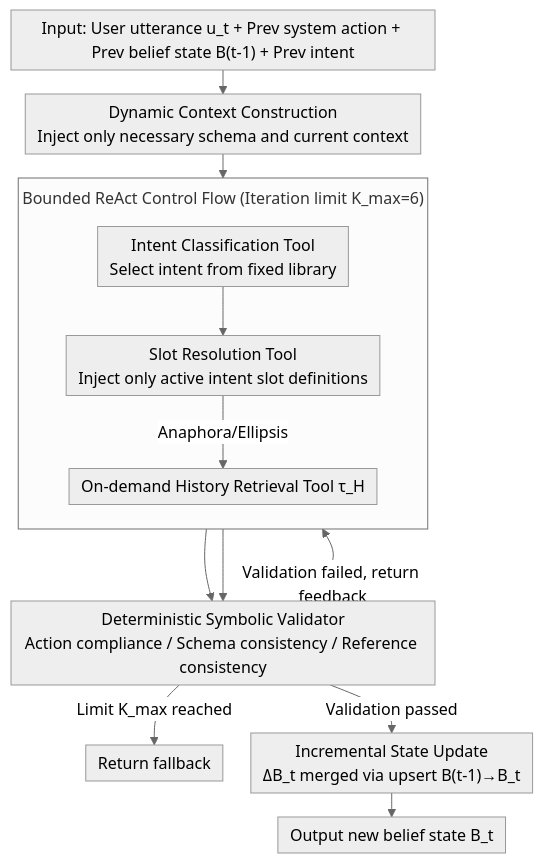
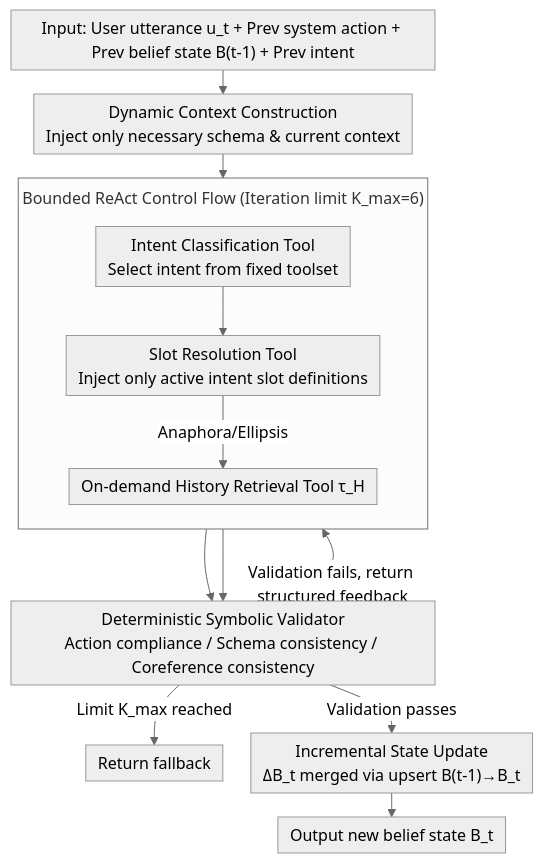
One commit to zhaoyang97/Paper-Notes-en changed the diagram in docs/ACL2026/dialogue/reactod_bounded_neuro-symbolic_agentic_nlu_for_zero-shot_dialogue_state_tracking.md. Above: the diagram before and after it, drawn with Mermaid (neutral theme). The commit also changed other lines of this file and 5084 other files, not shown here.

````diff
--- a/docs/ACL2026/dialogue/reactod_bounded_neuro-symbolic_agentic_nlu_for_zero-shot_dialogue_state_tracking.md
+++ b/docs/ACL2026/dialogue/reactod_bounded_neuro-symbolic_agentic_nlu_for_zero-shot_dialogue_state_tracking.md
@@ -45,19 +45,19 @@
 ```mermaid
 %%{init: {'flowchart': {'rankSpacing': 24, 'nodeSpacing': 28, 'padding': 6, 'wrappingWidth': 400, 'subGraphTitleMargin': {'top': 8, 'bottom': 16}}}}%%
 flowchart TD
     IN["Input: User utterance u_t + Prev system action + Prev belief state B(t-1) + Prev intent"]
-    IN --> CTX["Dynamic Context Construction<br/>Inject only necessary schema and current context"]
+    IN --> CTX["Dynamic Context Construction<br/>Inject only necessary schema & current context"]
     subgraph REACT["Bounded ReAct Control Flow (Iteration limit K_max=6)"]
         direction TB
-        IC["Intent Classification Tool<br/>Select intent from fixed library"]
+        IC["Intent Classification Tool<br/>Select intent from fixed toolset"]
         IC --> SR["Slot Resolution Tool<br/>Inject only active intent slot definitions"]
         SR -->|Anaphora/Ellipsis| HIST["On-demand History Retrieval Tool τ_H"]
     end
     CTX --> IC
-    SR --> VAL["Deterministic Symbolic Validator<br/>Action compliance / Schema consistency / Reference consistency"]
+    SR --> VAL["Deterministic Symbolic Validator<br/>Action compliance / Schema consistency / Coreference consistency"]
     HIST --> VAL
-    VAL -->|Validation failed, return feedback| IC
+    VAL -->|Validation fails, return structured feedback| IC
     VAL -->|Limit K_max reached| FB["Return fallback"]
-    VAL -->|Validation passed| UP["Incremental State Update<br/>ΔB_t merged via upsert B(t-1)→B_t"]
+    VAL -->|Validation passes| UP["Incremental State Update<br/>ΔB_t merged via upsert B(t-1)→B_t"]
     UP --> OUT["Output new belief state B_t"]
 ```
````
